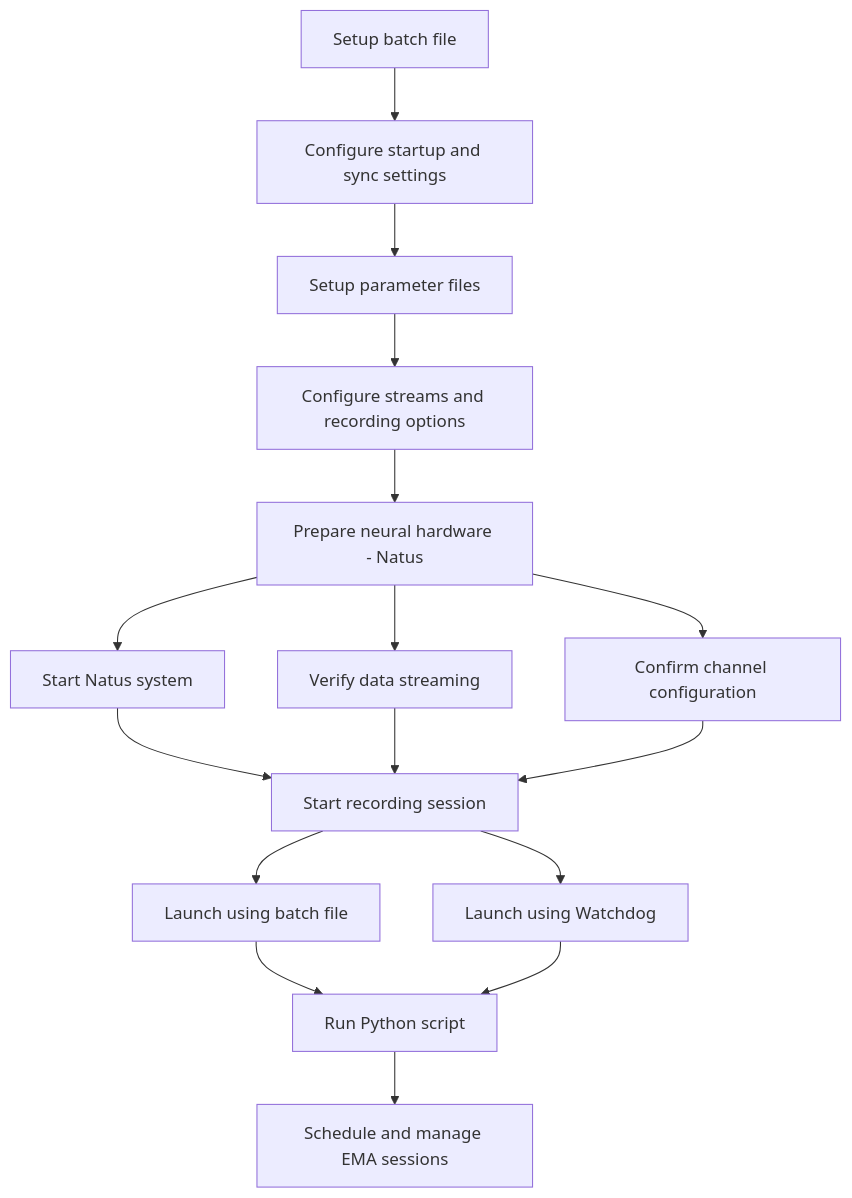
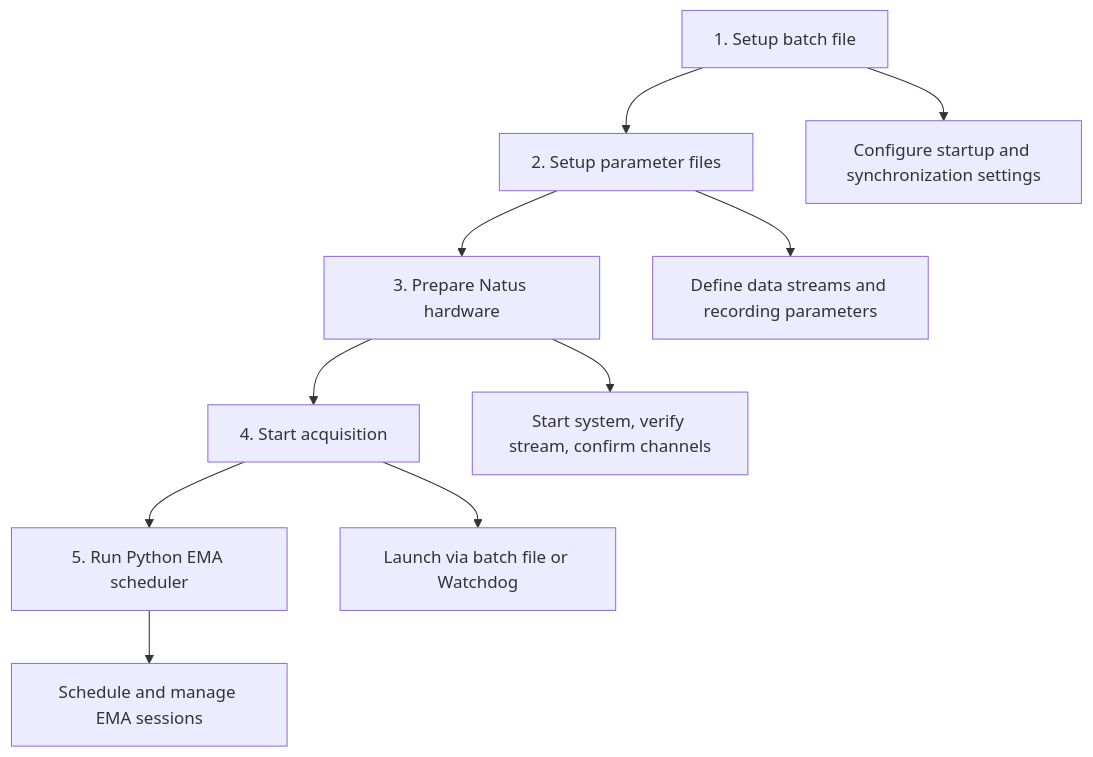
One commit to CAMERA-BBQS/BCI2000 changed the diagram in README.md. Above: the diagram before and after it, drawn with Mermaid.

````diff
--- a/README.md
+++ b/README.md
@@ -63,24 +63,30 @@
 ```mermaid
 flowchart TD
-    A[Setup batch file] --> A1[Configure startup and sync settings]
+    %% Major steps (left column)
+    A[1. Setup batch file]
+    B[2. Setup parameter files]
+    C[3. Prepare Natus hardware]
+    D[4. Start acquisition]
+    E[5. Run Python EMA scheduler]
 
-    A1 --> B[Setup parameter files]
-    B --> B1[Configure streams and recording options]
+    %% Explanations (right column)
+    A1[Configure startup and synchronization settings]
+    B1[Define data streams and recording parameters]
+    C1[Start system, verify stream, confirm channels]
+    D1[Launch via batch file or Watchdog]
+    E1[Schedule and manage EMA sessions]
 
-    B1 --> C[Prepare neural hardware - Natus]
-    C --> C1[Start Natus system]
-    C --> C2[Verify data streaming]
-    C --> C3[Confirm channel configuration]
+    %% Vertical flow of major steps
+    A --> B
+    B --> C
+    C --> D
+    D --> E
 
-    C1 --> D[Start recording session]
-    C2 --> D
-    C3 --> D
+    %% Horizontal explanations
+    A --> A1
+    B --> B1
+    C --> C1
+    D --> D1
+    E --> E1
 
-    D --> E[Launch using batch file]
-    D --> F[Launch using Watchdog]
-
-    E --> G[Run Python script]
-    F --> G
-
-    G --> H[Schedule and manage EMA sessions]
 ```
````
